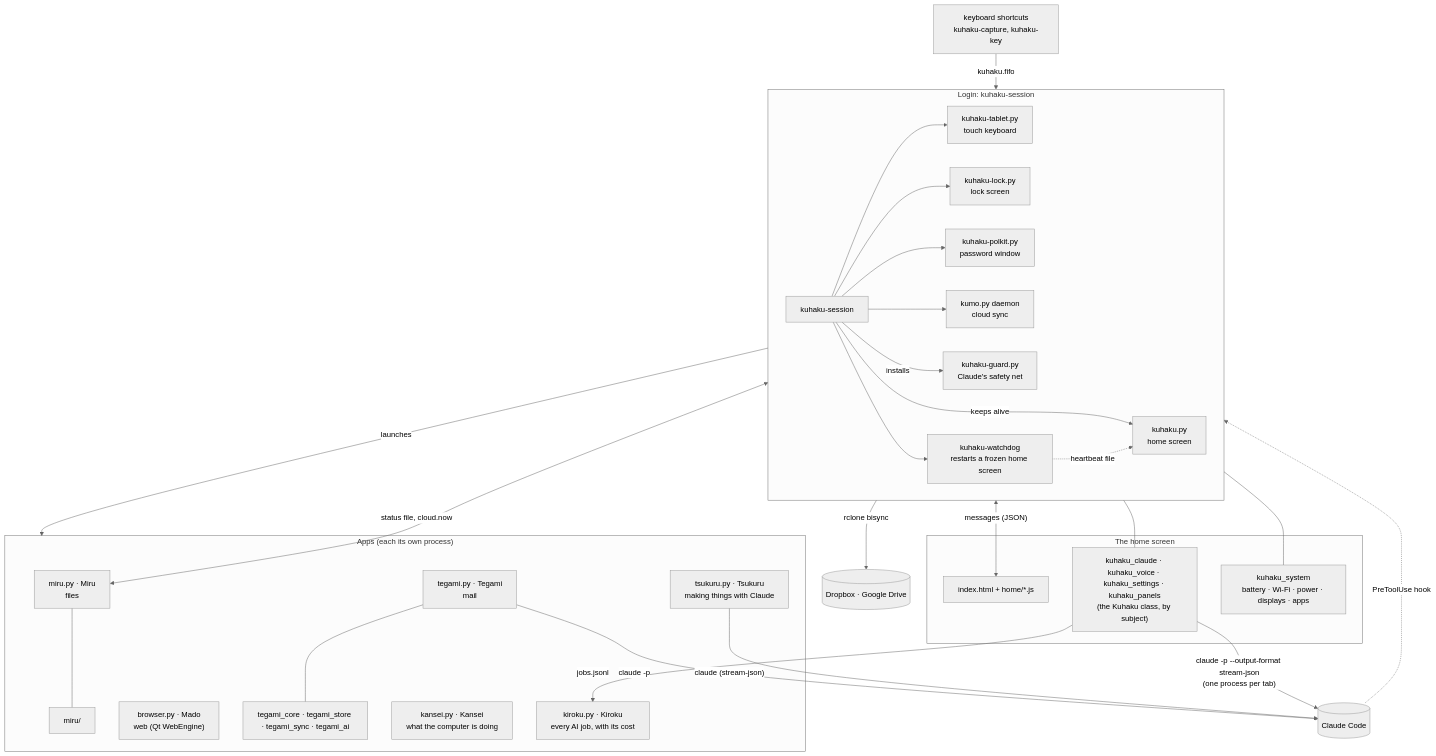
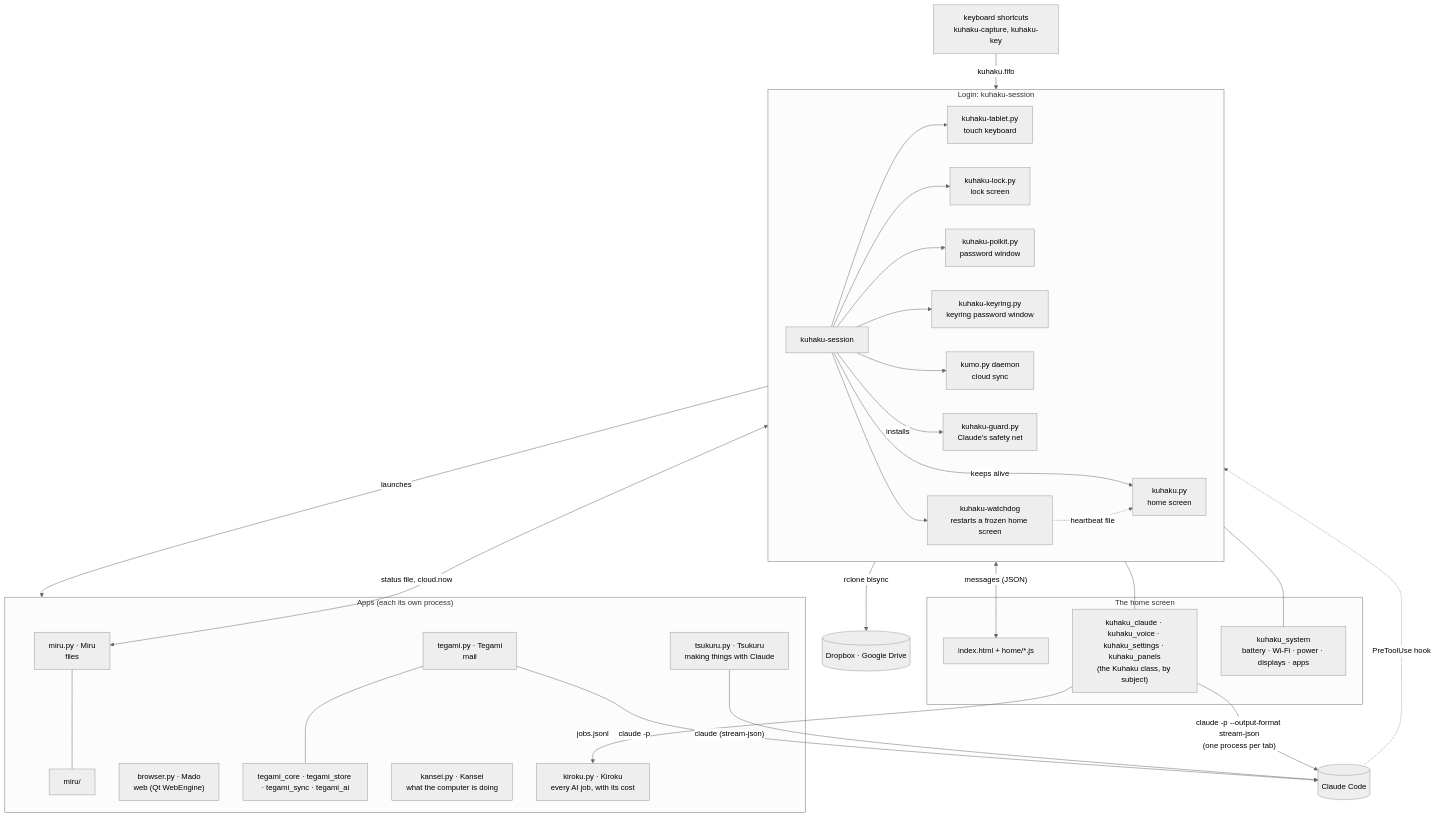
Before and after one commit to rudolfkrcmar/kuhaku-linux: the diagram in ARCHITECTURE.md, drawn with Mermaid (neutral theme). The commit also changed 5 other files, not shown here.

First line of the commit message:
Keyring prompts in Kūhaku's look: kuhaku-keyring.py replaces GNOME's prompter

````diff
--- a/ARCHITECTURE.md
+++ b/ARCHITECTURE.md
@@ -14,40 +14,41 @@
 ```mermaid
 flowchart TB
     subgraph session["Login: kuhaku-session"]
         direction LR
         S[kuhaku-session] -->|keeps alive| K[kuhaku.py<br/>home screen]
         S --> T[kuhaku-tablet.py<br/>touch keyboard]
         S --> L[kuhaku-lock.py<br/>lock screen]
         S --> P[kuhaku-polkit.py<br/>password window]
+        S --> KR[kuhaku-keyring.py<br/>keyring password window]
         S --> D[kumo.py daemon<br/>cloud sync]
         S -->|installs| G[kuhaku-guard.py<br/>Claude's safety net]
         S --> W[kuhaku-watchdog<br/>restarts a frozen home screen]
         W -.->|"heartbeat file"| K
     end
 
     subgraph home["The home screen"]
         K <-->|"messages (JSON)"| HP["index.html + home/*.js"]
         K --- KM["kuhaku_claude · kuhaku_voice · kuhaku_settings · kuhaku_panels<br/>(the Kuhaku class, by subject)"]
         K --- KS["kuhaku_system<br/>battery · Wi-Fi · power · displays · apps"]
     end
 
     KM -->|"claude -p --output-format stream-json<br/>(one process per tab)"| C[(Claude Code)]
     C -.->|"PreToolUse hook"| G
     keys["keyboard shortcuts<br/>kuhaku-capture, kuhaku-key"] -->|kuhaku.fifo| K
 
     subgraph apps["Apps (each its own process)"]
         M["miru.py · Miru<br/>files"] --- MP["miru/"]
         Mado["browser.py · Mado<br/>web (Qt WebEngine)"]
         Te["tegami.py · Tegami<br/>mail"] --- TC["tegami_core · tegami_store · tegami_sync · tegami_ai"]
         Ts["tsukuru.py · Tsukuru<br/>making things with Claude"]
         Ka["kansei.py · Kansei<br/>what the computer is doing"]
         Ki["kiroku.py · Kiroku<br/>every AI job, with its cost"]
     end
 
     K -->|launches| apps
     M <-->|"status file, cloud.now"| D
     D -->|"rclone bisync"| cloud[(Dropbox · Google Drive)]
     Te -->|"claude -p"| C
     Ts -->|"claude (stream-json)"| C
     KM -->|"jobs.jsonl"| Ki
 ```
````
